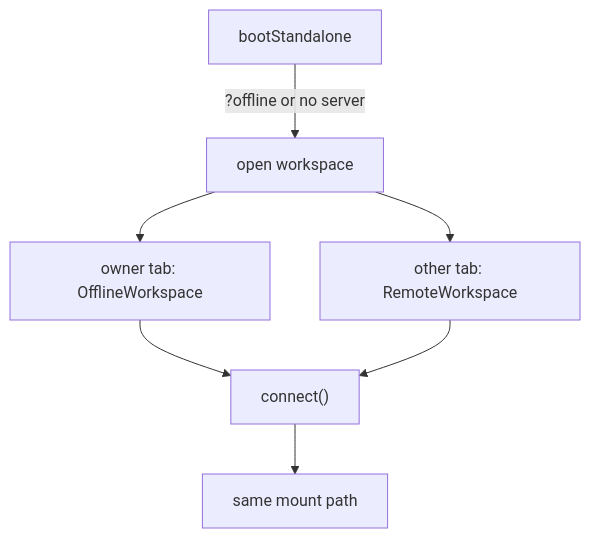
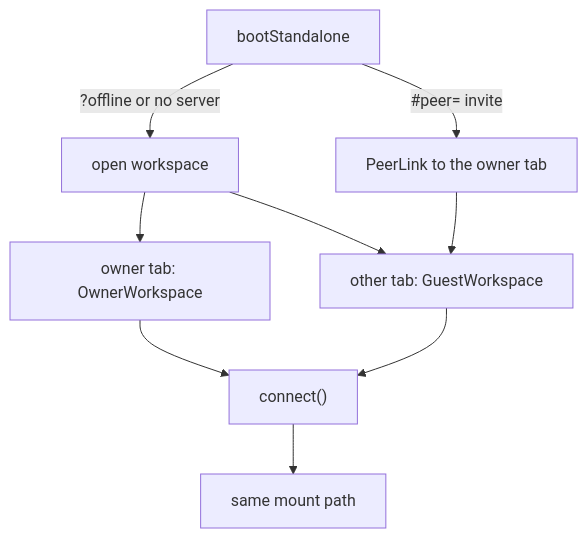
One commit to JollyPixel/editor changed diagram 12 of 14 in packages/editors/host/ARCHITECTURE.md. Above: the diagram before and after it, drawn with Mermaid. The commit also changed other lines of this file and 47 other files, not shown here.

````diff
--- a/packages/editors/host/ARCHITECTURE.md
+++ b/packages/editors/host/ARCHITECTURE.md
@@ -186,9 +186,11 @@
 ```mermaid
 flowchart TB
     Boot["bootStandalone"] -->|"?offline or no server"| Open["open workspace"]
-    Open --> Owner["owner tab: OfflineWorkspace"]
-    Open --> Remote["other tab: RemoteWorkspace"]
+    Boot -->|"#peer= invite"| Peer["PeerLink to the owner tab"]
+    Open --> Owner["owner tab: OwnerWorkspace"]
+    Open --> Remote["other tab: GuestWorkspace"]
+    Peer --> Remote
     Owner --> Connect["connect()"]
     Remote --> Connect
     Connect --> Mount["same mount path"]
 ```
````
